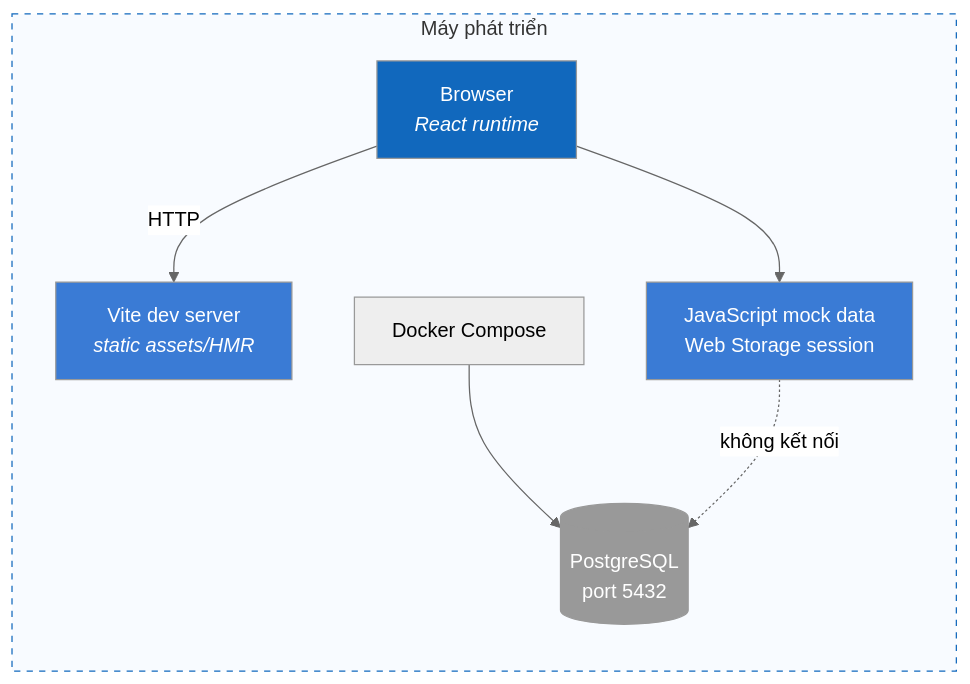
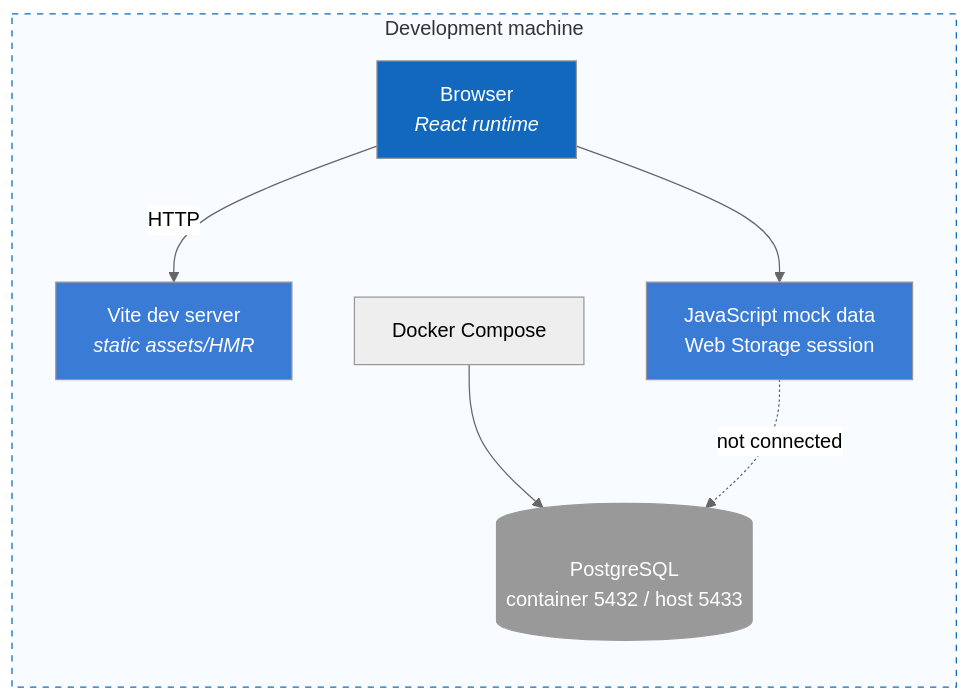
The first of 2 diagrams in docs/architecture/arc42/07-deployment-view.md (PhamHiep948/finance-manager), drawn with Mermaid (neutral theme) before and after one commit. The commit also changed other lines of this file and 16 other files, not shown here.

````diff
--- a/docs/architecture/arc42/07-deployment-view.md
+++ b/docs/architecture/arc42/07-deployment-view.md
@@ -5,19 +5,19 @@
 ```mermaid
 flowchart LR
-    subgraph machine["Máy phát triển"]
+    subgraph machine["Development machine"]
         browser["Browser<br/><i>React runtime</i>"]
         vite["Vite dev server<br/><i>static assets/HMR</i>"]
         mock["JavaScript mock data<br/>Web Storage session"]
         docker["Docker Compose"]
-        pg[("PostgreSQL<br/>port 5432")]
+        pg[("PostgreSQL<br/>container 5432 / host 5433")]
         browser -->|"HTTP"| vite
         browser --> mock
         docker --> pg
     end
-    mock -.->|"không kết nối"| pg
+    mock -.->|"not connected"| pg
     style browser fill:#1168bd,color:#fff
     style vite fill:#3a7bd5,color:#fff
     style mock fill:#3a7bd5,color:#fff
     style pg fill:#999,color:#fff
     style machine fill:#f8fbff,stroke:#1168bd,stroke-dasharray:5 5
 ```
````
